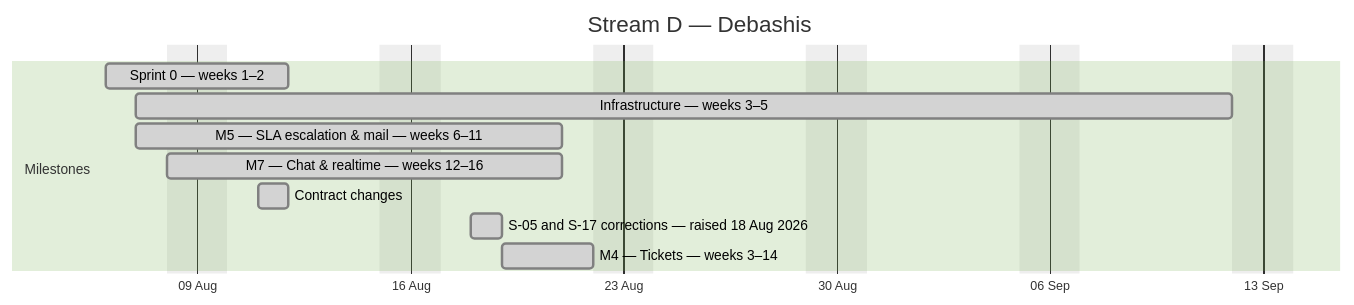
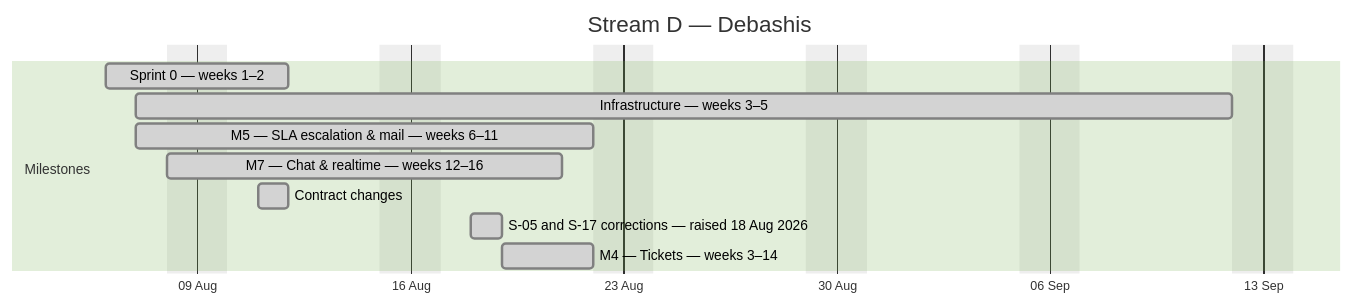
Before and after one commit to debashisedunext/EduTrack: the fourth of 4 diagrams in docs/plan/GANTT.md, drawn with Mermaid (forest theme). The commit also changed other lines of this file and 2 other files, not shown here.

````diff
--- a/docs/plan/GANTT.md
+++ b/docs/plan/GANTT.md
@@ -130,15 +130,15 @@
 ```mermaid
 gantt
     dateFormat YYYY-MM-DD
     axisFormat %d %b
     title Stream D — Debashis
     excludes weekends
     section Milestones
     Sprint 0 — weeks 1–2 :done, d0, 2026-08-06, 4d
     Infrastructure — weeks 3–5 :done, d1, 2026-08-07, 26d
-    M5 — SLA  escalation & mail — weeks 6–11 :done, d2, 2026-08-07, 10d
+    M5 — SLA  escalation & mail — weeks 6–11 :done, d2, 2026-08-07, 11d
     M7 — Chat & realtime — weeks 12–16 :done, d3, 2026-08-08, 10d
     Contract changes :done, d4, 2026-08-11, 1d
     S-05 and S-17 corrections — raised 18 Aug 2026 :done, d5, 2026-08-18, 1d
     M4 — Tickets — weeks 3–14 :done, d6, 2026-08-19, 3d
 ```
````
